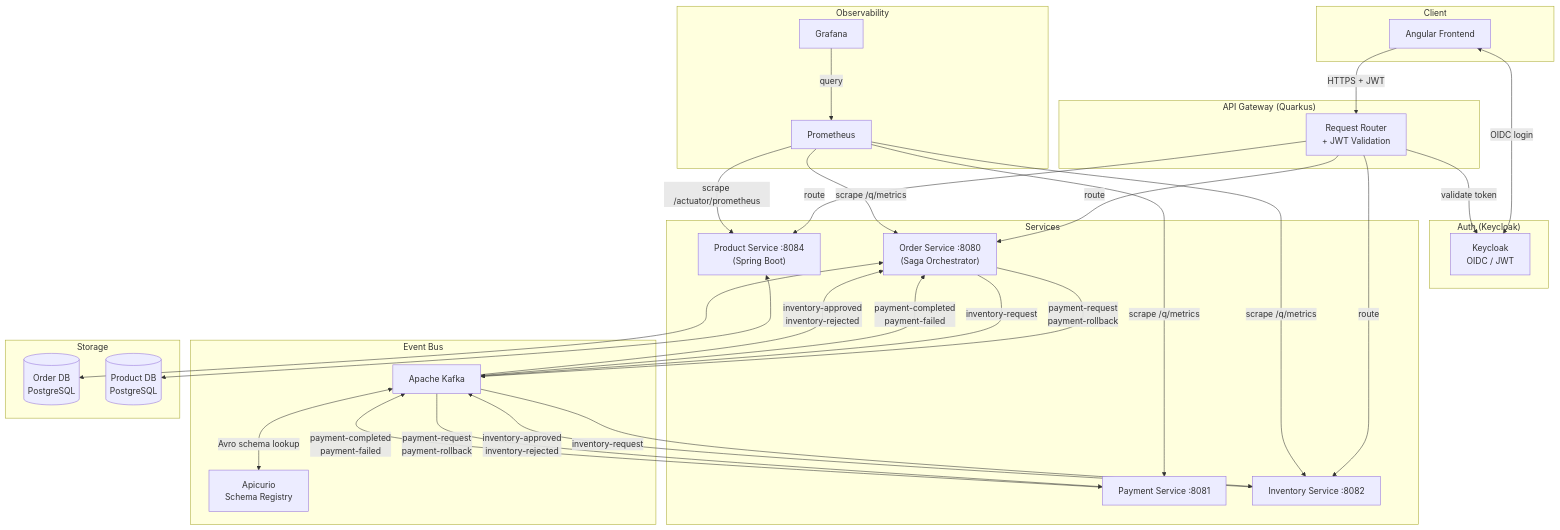
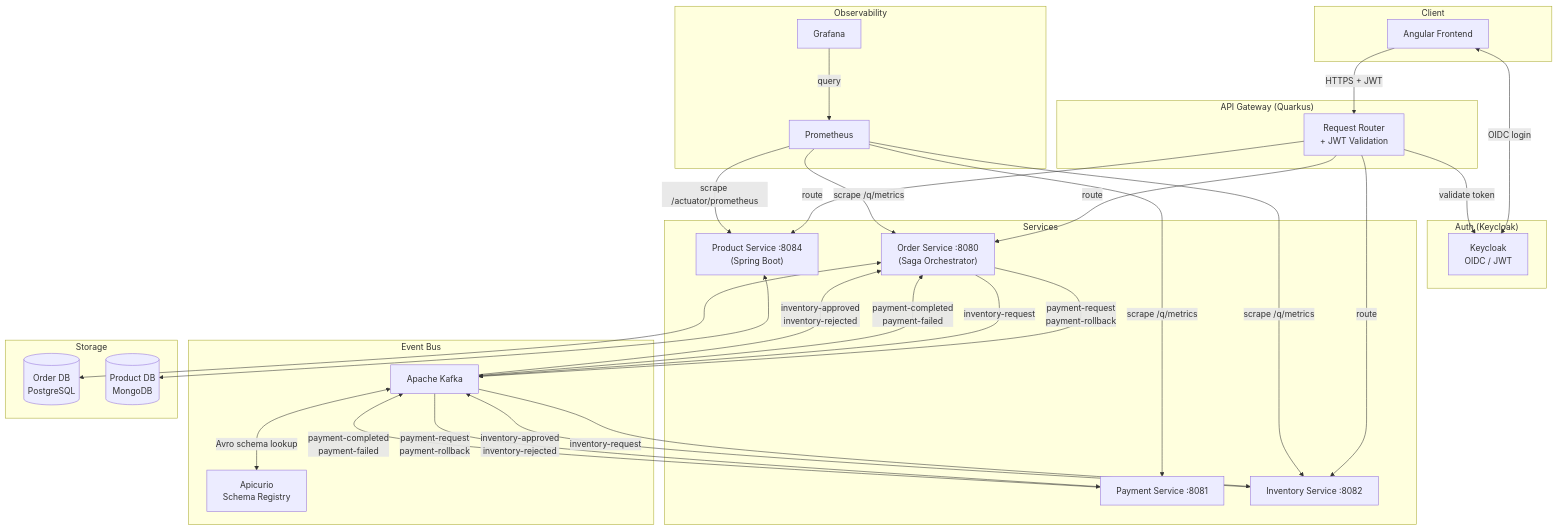
The first of 2 diagrams in README.md (panryba/shopflow), drawn with Mermaid before and after one commit. The commit also changed other lines of this file and 89 other files, not shown here.

````diff
--- a/README.md
+++ b/README.md
@@ -76,64 +77,64 @@
 ```mermaid
 graph TB
     subgraph Client
         UI[Angular Frontend]
     end
 
     subgraph Auth["Auth (Keycloak)"]
         KC[Keycloak<br/>OIDC / JWT]
     end
 
     subgraph Gateway["API Gateway (Quarkus)"]
         GW[Request Router<br/>+ JWT Validation]
     end
 
     subgraph Services
         OS["Order Service :8080<br/>(Saga Orchestrator)"]
         PS[Payment Service :8081]
         IS[Inventory Service :8082]
         PRODS["Product Service :8084<br/>(Spring Boot)"]
     end
 
     subgraph Messaging["Event Bus"]
         K[Apache Kafka]
         SR[Apicurio<br/>Schema Registry]
     end
 
     subgraph Storage
         ODB[(Order DB<br/>PostgreSQL)]
-        PDB[(Product DB<br/>PostgreSQL)]
+        PDB[(Product DB<br/>MongoDB)]
     end
 
     subgraph Observability
         PROM[Prometheus]
         GRAF[Grafana]
     end
 
     UI <-->|OIDC login| KC
     UI -->|HTTPS + JWT| GW
     GW -->|validate token| KC
     GW -->|route| OS
     GW -->|route| IS
     GW -->|route| PRODS
 
     OS <--> ODB
     PRODS <--> PDB
     OS -->|payment-request<br/>payment-rollback| K
     OS -->|inventory-request| K
     K -->|payment-completed<br/>payment-failed| OS
     K -->|inventory-approved<br/>inventory-rejected| OS
 
     K -->|payment-request<br/>payment-rollback| PS
     PS -->|payment-completed<br/>payment-failed| K
 
     K -->|inventory-request| IS
     IS -->|inventory-approved<br/>inventory-rejected| K
 
     K <-->|Avro schema lookup| SR
 
     PROM -->|scrape /q/metrics| OS
     PROM -->|scrape /q/metrics| PS
     PROM -->|scrape /q/metrics| IS
     PROM -->|scrape /actuator/prometheus| PRODS
     GRAF -->|query| PROM
 ```
````
